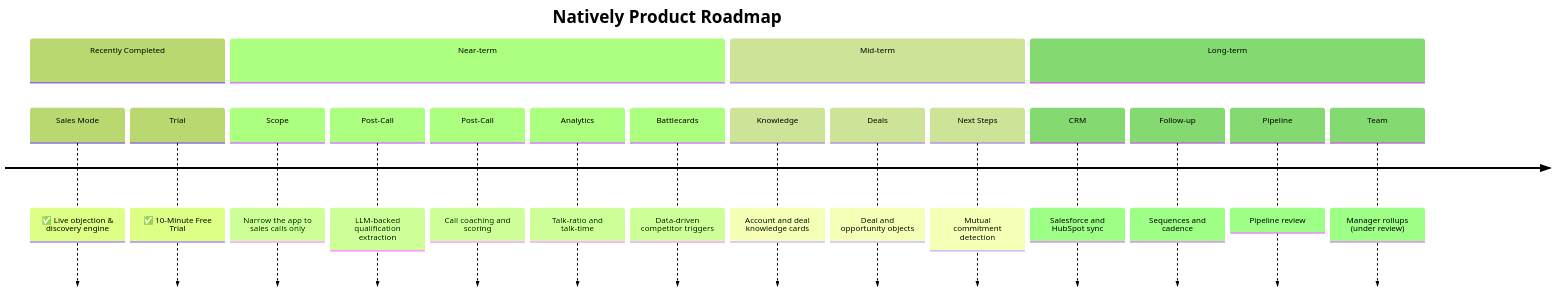
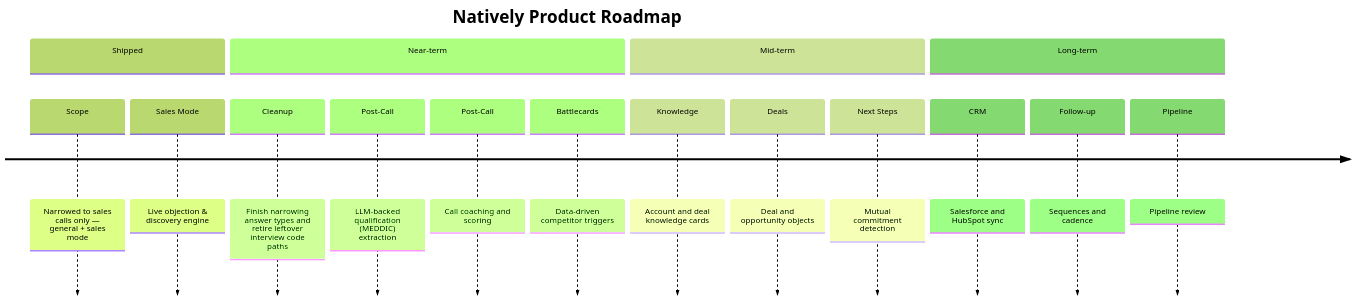
One commit to thiernoyunus/ai-sales-assistant changed the diagram in README.md. Above: the diagram before and after it, drawn with Mermaid (forest theme). The commit also changed other lines of this file and 2 other files, not shown here.

````diff
--- a/README.md
+++ b/README.md
@@ -546,22 +362,20 @@
 ```mermaid
 timeline
     title Natively Product Roadmap
-    section Recently Completed
-        Sales Mode : ✅ Live objection & discovery engine
-        Trial : ✅ 10-Minute Free Trial
+    section Shipped
+        Scope : Narrowed to sales calls only — general + sales mode
+        Sales Mode : Live objection & discovery engine
     section Near-term
-        Scope : Narrow the app to sales calls only
-        Post-Call : LLM-backed qualification extraction
+        Cleanup : Finish narrowing answer types and retire leftover interview code paths
+        Post-Call : LLM-backed qualification (MEDDIC) extraction
         Post-Call : Call coaching and scoring
-        Analytics : Talk-ratio and talk-time
         Battlecards : Data-driven competitor triggers
     section Mid-term
         Knowledge : Account and deal knowledge cards
         Deals : Deal and opportunity objects
         Next Steps : Mutual commitment detection
     section Long-term
         CRM : Salesforce and HubSpot sync
         Follow-up : Sequences and cadence
         Pipeline : Pipeline review
-        Team : Manager rollups (under review)
 ```
````
